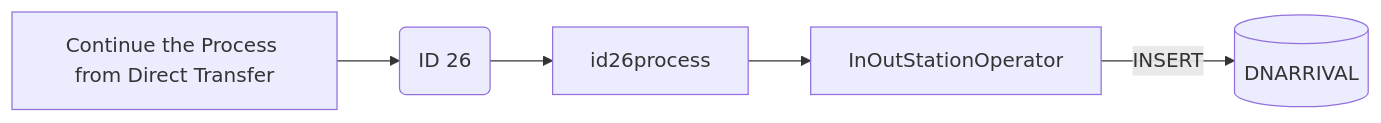
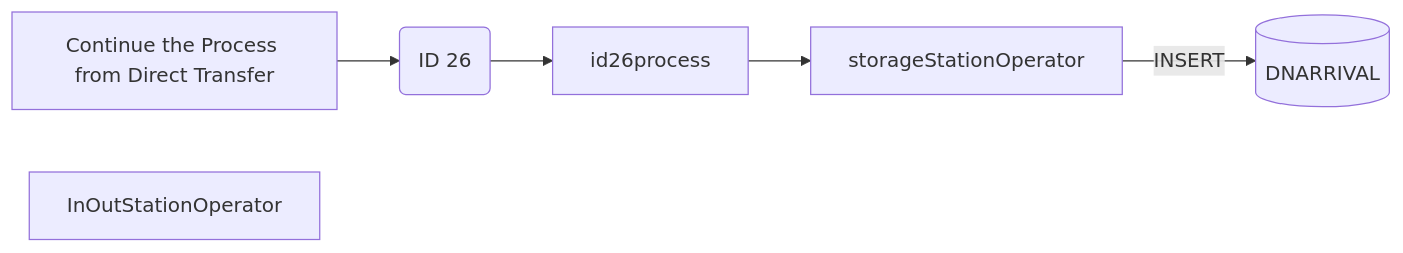
The ninth of 23 diagrams in Basic-Design/DFD-WMS/Storage/Palletizing-Settting/Palletize-Start.md (luthfiadityaa/SimeDarby-Wiki), drawn with Mermaid before and after one commit. The commit also changed other lines of this file, not shown here.

```diff
--- a/Basic-Design/DFD-WMS/Storage/Palletizing-Settting/Palletize-Start.md
+++ b/Basic-Design/DFD-WMS/Storage/Palletizing-Settting/Palletize-Start.md
@@ -589,20 +589,20 @@
 ::: mermaid
 flowchart LR
 
 releaseCommand["
 Continue the Process from Direct Transfer
 "]
 
 id26msg("
 ID 26
 ")
 
 id26-insert[("
 DNARRIVAL
 ")]
 
 inoutstationoperator[InOutStationOperator]
 
-releaseCommand-->id26msg-->id26process-->inoutstationoperator
-inoutstationoperator--> |INSERT| id26-insert
+releaseCommand-->id26msg-->id26process-->storageStationOperator
+storageStationOperator--> |INSERT| id26-insert
 :::
```
